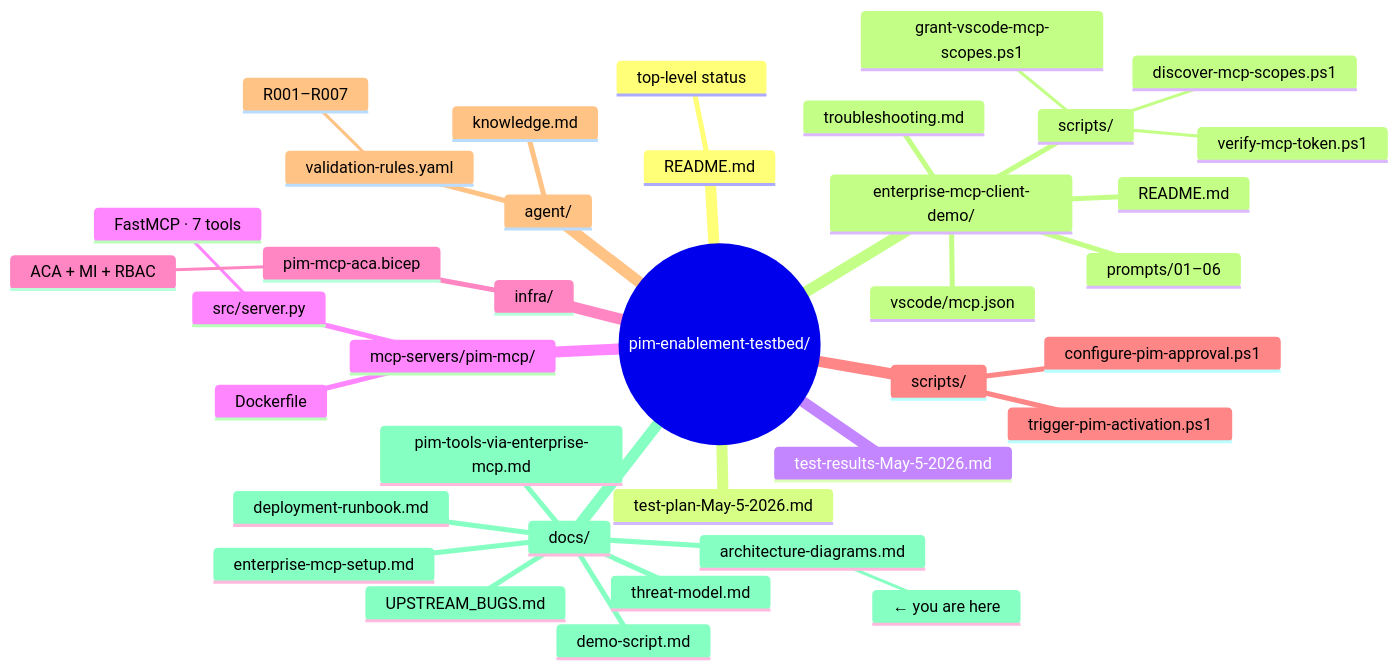
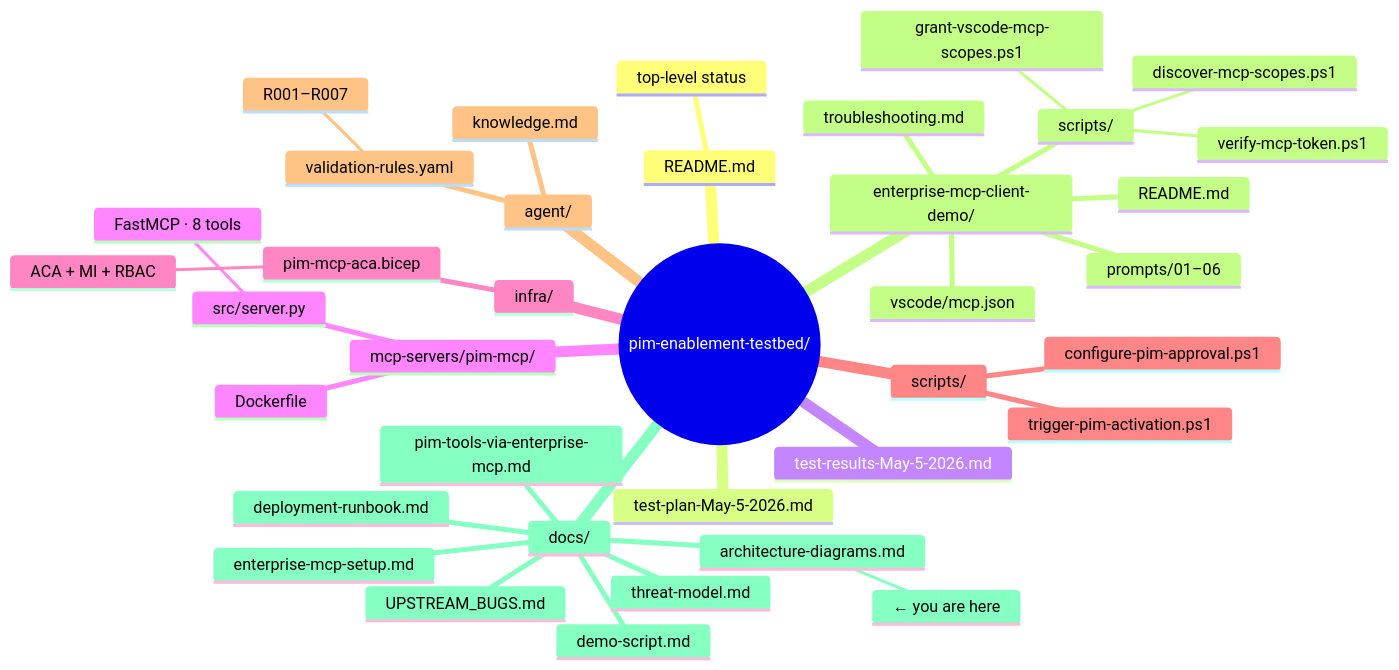
One commit to Arturo-Quiroga-MSFT/SRE-AGENT-JAN-2026 changed the fifth of 6 diagrams in pim-enablement-testbed/docs/architecture-diagrams.md. Above: the diagram before and after it, drawn with Mermaid. The commit also changed other lines of this file and 6 other files, not shown here.

````diff
--- a/pim-enablement-testbed/docs/architecture-diagrams.md
+++ b/pim-enablement-testbed/docs/architecture-diagrams.md
@@ -221,40 +221,40 @@
 ```mermaid
 mindmap
   root((pim-enablement-testbed/))
     README.md
       top-level status
     test-plan-May-5-2026.md
     test-results-May-5-2026.md
     mcp-servers/pim-mcp/
       src/server.py
-        FastMCP · 7 tools
+        FastMCP · 8 tools
       Dockerfile
     infra/
       pim-mcp-aca.bicep
         ACA + MI + RBAC
     scripts/
       trigger-pim-activation.ps1
       configure-pim-approval.ps1
     agent/
       validation-rules.yaml
         R001–R007
       knowledge.md
     enterprise-mcp-client-demo/
       README.md
       vscode/mcp.json
       scripts/
         discover-mcp-scopes.ps1
         grant-vscode-mcp-scopes.ps1
         verify-mcp-token.ps1
       prompts/01–06
       troubleshooting.md
     docs/
       enterprise-mcp-setup.md
       pim-tools-via-enterprise-mcp.md
       UPSTREAM_BUGS.md
       threat-model.md
       deployment-runbook.md
       demo-script.md
       architecture-diagrams.md
         ← you are here
 ```
````
